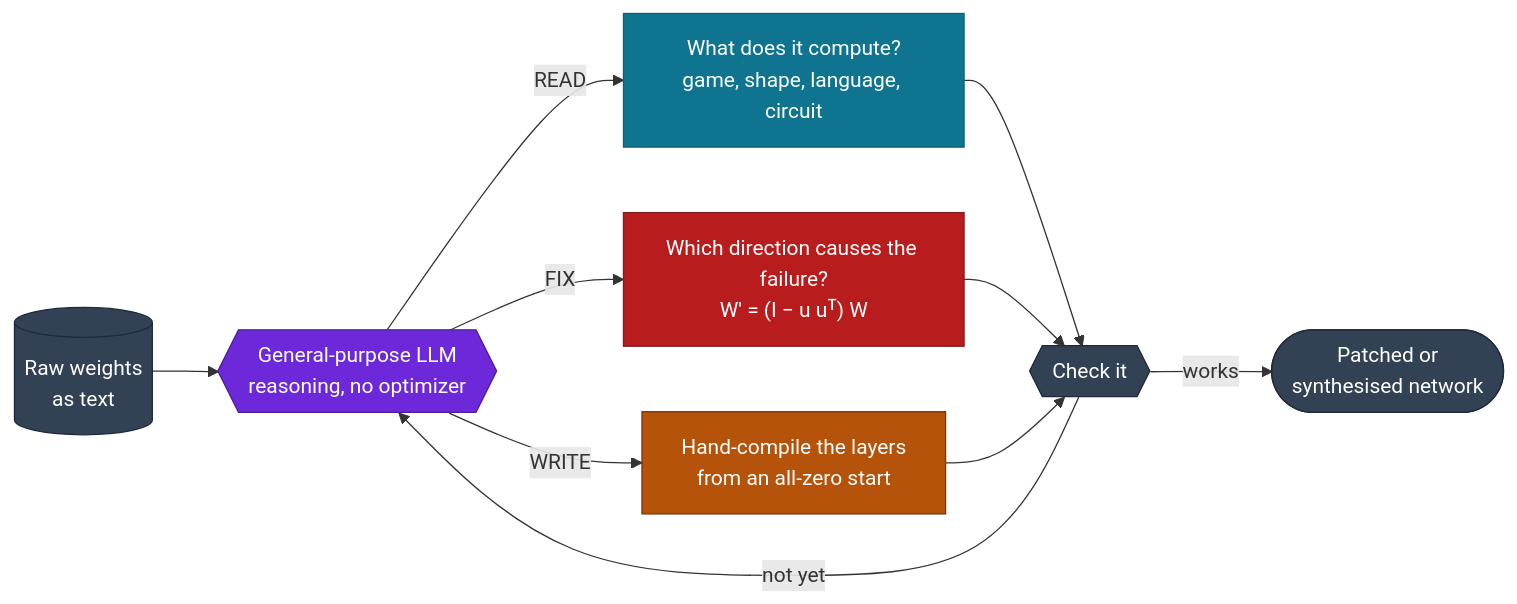
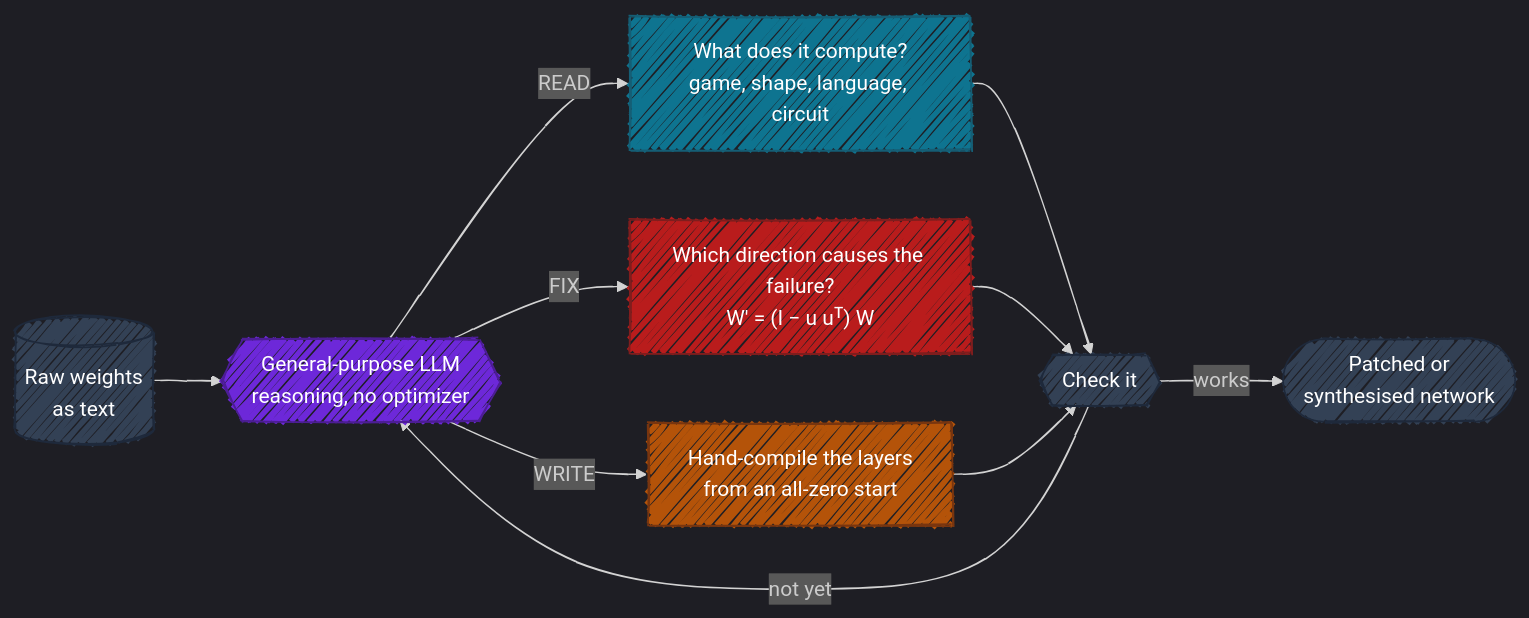
The first of 9 diagrams in README.md (Hunterdii/weight-space-programming-explained), drawn with Mermaid before and after one commit. The commit also changed other lines of this file and 21 other files, not shown here.

Commit message:
docs(readme): polish interactive atlas documentation and embed comprehensive visual diagrams

````diff
--- a/README.md
+++ b/README.md
@@ -227,23 +243,28 @@
 ```mermaid
+---
+config:
+  look: handDrawn
+  theme: dark
+---
 flowchart LR
     W[("Raw weights<br/>as text")] --> L{{"General-purpose LLM<br/>reasoning, no optimizer"}}
     L -->|READ| R["What does it compute?<br/>game, shape, language, circuit"]
     L -->|FIX| F["Which direction causes the failure?<br/>W' = (I − u uᵀ) W"]
     L -->|WRITE| X["Hand-compile the layers<br/>from an all-zero start"]
     R --> V{{"Check it"}}
     F --> V
     X --> V
     V -->|"not yet"| L
     V -->|"works"| OUT(["Patched or<br/>synthesised network"])
 
     classDef core fill:#6d28d9,stroke:#4c1d95,color:#fff
     classDef read fill:#0e7490,stroke:#155e75,color:#fff
     classDef fix fill:#b91c1c,stroke:#7f1d1d,color:#fff
     classDef write fill:#b45309,stroke:#78350f,color:#fff
     classDef neutral fill:#334155,stroke:#1e293b,color:#fff
     class L core
     class R read
     class F fix
     class X write
     class W,V,OUT neutral
 ```
````
